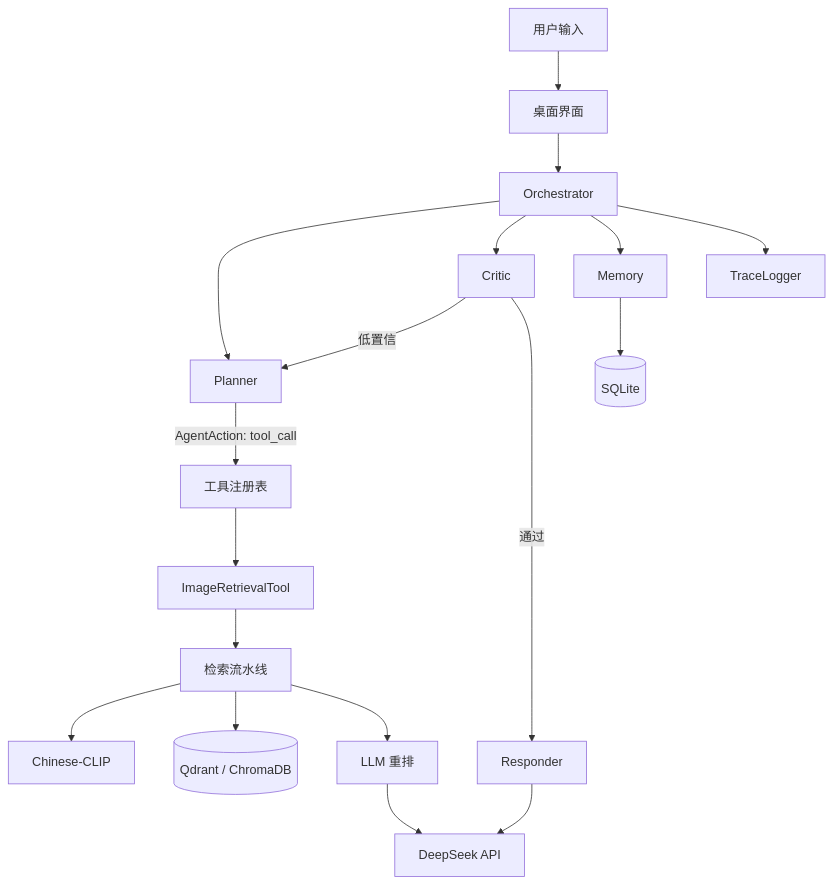
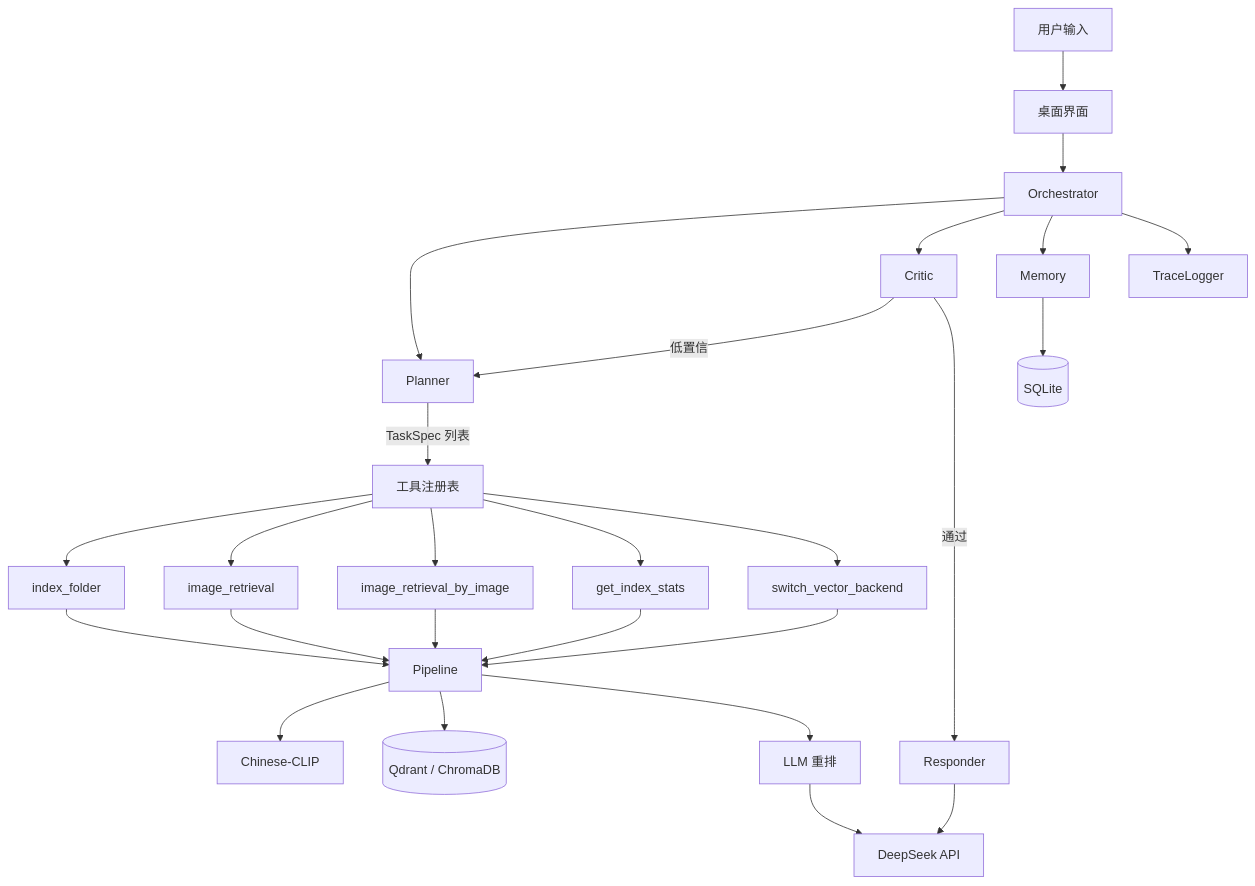
One commit to midiexiaomeng/Findgo-agent changed the diagram in docs/architecture.md. Above: the diagram before and after it, drawn with Mermaid. The commit also changed other lines of this file and 10 other files, not shown here.

````diff
--- a/docs/architecture.md
+++ b/docs/architecture.md
@@ -29,20 +160,28 @@
 ```mermaid
 graph TD
     U[用户输入] --> UI[桌面界面]
     UI --> O[Orchestrator]
     O --> P[Planner]
-    P -->|AgentAction: tool_call| T[工具注册表]
-    T --> IR[ImageRetrievalTool]
-    IR --> R1[检索流水线]
-    R1 --> E[Chinese-CLIP]
-    R1 --> V[(Qdrant / ChromaDB)]
-    R1 --> RR[LLM 重排]
+    P -->|TaskSpec 列表| T[工具注册表]
+    T --> IF[index_folder]
+    T --> IR[image_retrieval]
+    T --> II[image_retrieval_by_image]
+    T --> IS[get_index_stats]
+    T --> SB[switch_vector_backend]
+    IF --> PL[Pipeline]
+    IR --> PL
+    II --> PL
+    IS --> PL
+    SB --> PL
+    PL --> E[Chinese-CLIP]
+    PL --> V[(Qdrant / ChromaDB)]
+    PL --> RR[LLM 重排]
     RR --> API[DeepSeek API]
     O --> C[Critic]
     C -->|低置信| P
     C -->|通过| RS[Responder]
     RS --> API
     O --> M[Memory]
     M --> DB[(SQLite)]
     O --> L[TraceLogger]
 ```
````
